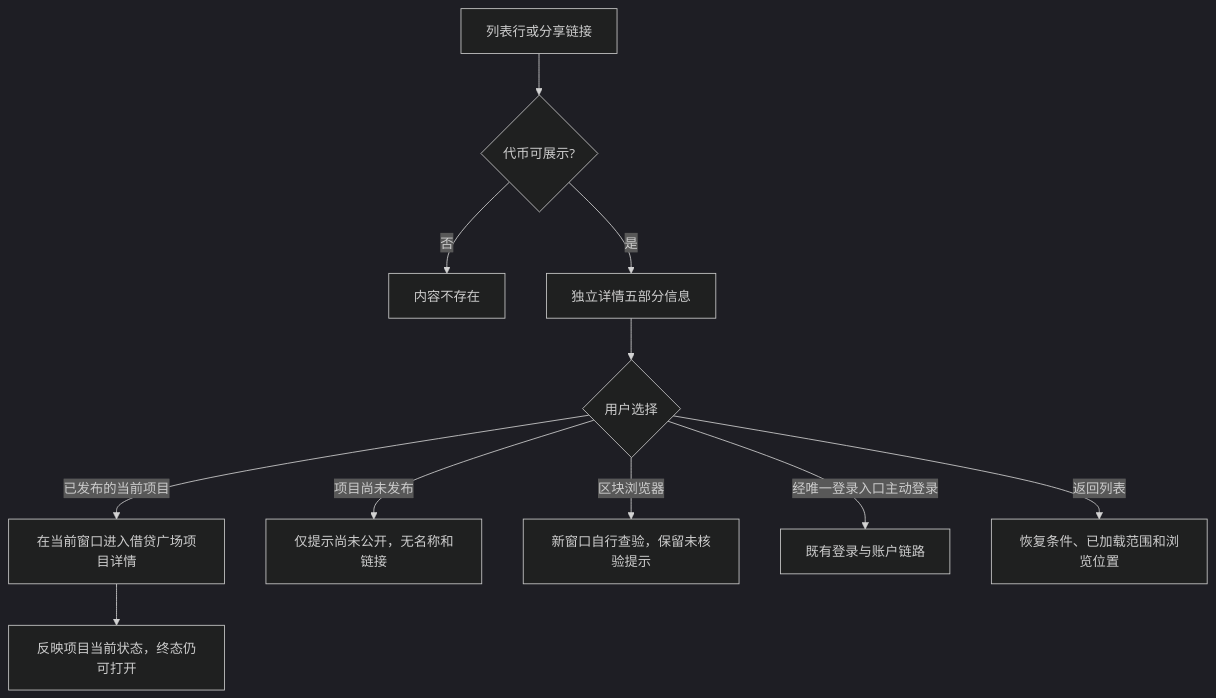
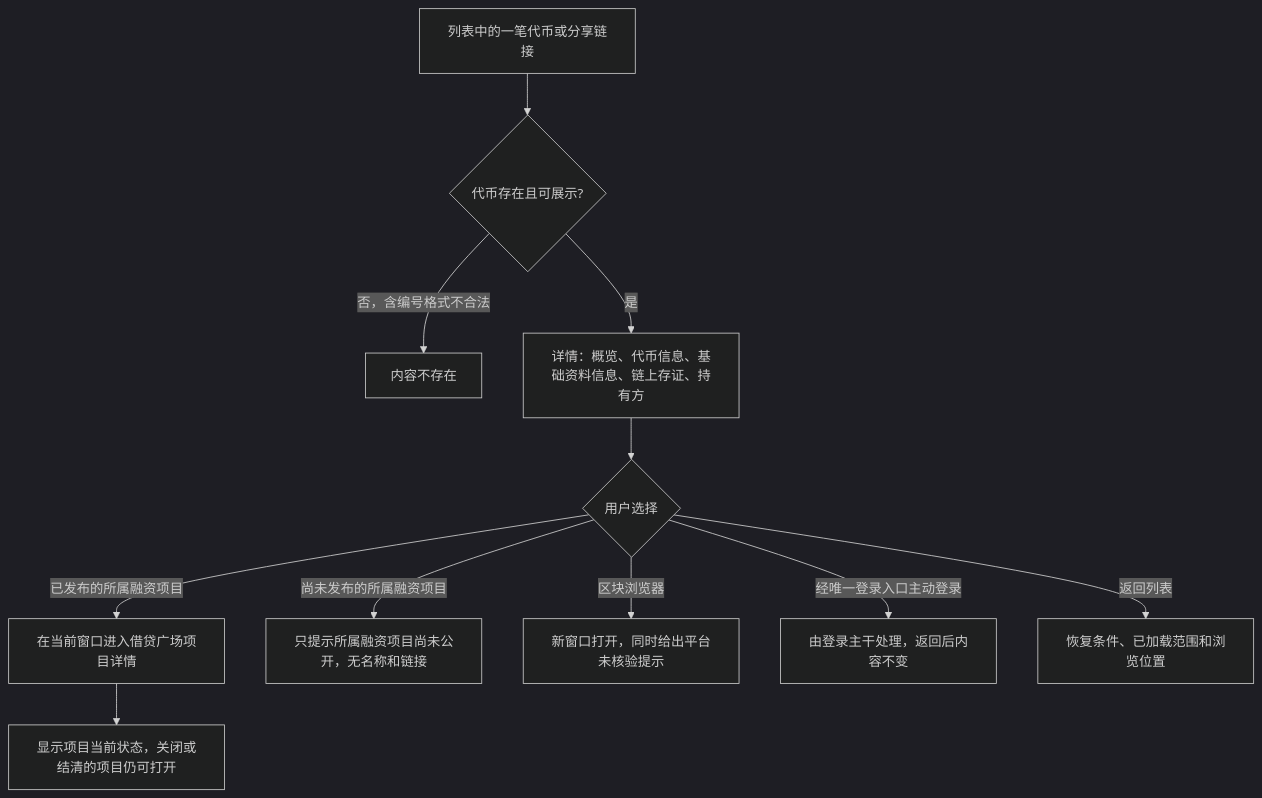
The second of 6 diagrams in lending-platform/PRD/面客端/04-资产广场-已上架代币只读域/02-资产广场-流程图与状态机.md (wxblockchain/Chain-Financing), drawn with Mermaid (dark theme) before and after one commit. The commit also changed other lines of this file and 5 other files, not shown here.

````diff
--- a/lending-platform/PRD/面客端/04-资产广场-已上架代币只读域/02-资产广场-流程图与状态机.md
+++ b/lending-platform/PRD/面客端/04-资产广场-已上架代币只读域/02-资产广场-流程图与状态机.md
@@ -35,13 +39,13 @@
 ```mermaid
 flowchart TD
-  A[列表行或分享链接] --> B{代币可展示?}
-  B -->|否| C[内容不存在]
-  B -->|是| D[独立详情五部分信息]
+  A[列表中的一笔代币或分享链接] --> B{代币存在且可展示?}
+  B -->|否，含编号格式不合法| C[内容不存在]
+  B -->|是| D[详情：概览、代币信息、基础资料信息、链上存证、持有方]
   D --> E{用户选择}
-  E -->|已发布的当前项目| F[在当前窗口进入借贷广场项目详情]
-  F --> G[反映项目当前状态，终态仍可打开]
-  E -->|项目尚未发布| H[仅提示尚未公开，无名称和链接]
-  E -->|区块浏览器| I[新窗口自行查验，保留未核验提示]
-  E -->|经唯一登录入口主动登录| J[既有登录与账户链路]
+  E -->|已发布的所属融资项目| F[在当前窗口进入借贷广场项目详情]
+  F --> G[显示项目当前状态，关闭或结清的项目仍可打开]
+  E -->|尚未发布的所属融资项目| H[只提示所属融资项目尚未公开，无名称和链接]
+  E -->|区块浏览器| I[新窗口打开，同时给出平台未核验提示]
+  E -->|经唯一登录入口主动登录| J[由登录主干处理，返回后内容不变]
   E -->|返回列表| K[恢复条件、已加载范围和浏览位置]
 ```
````
